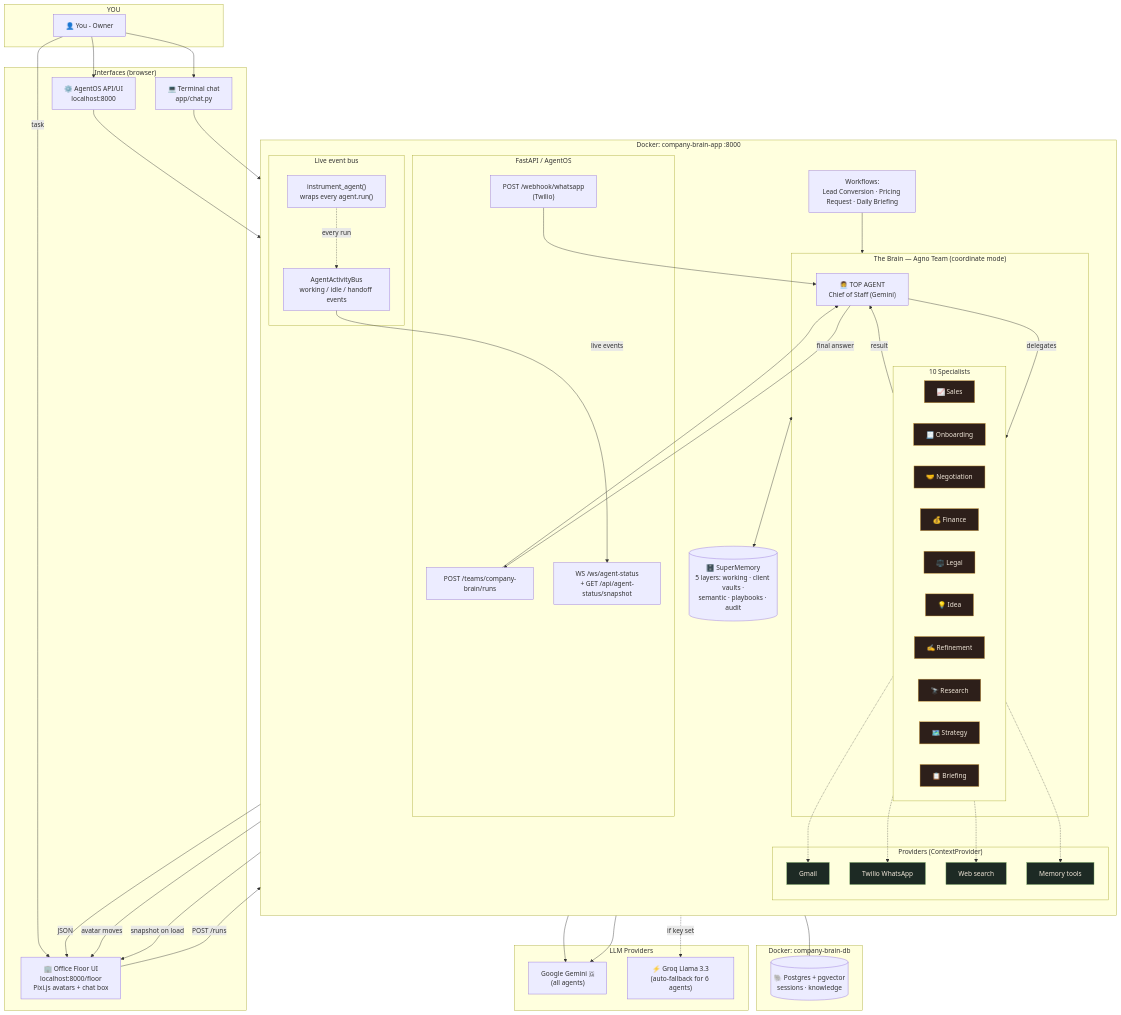
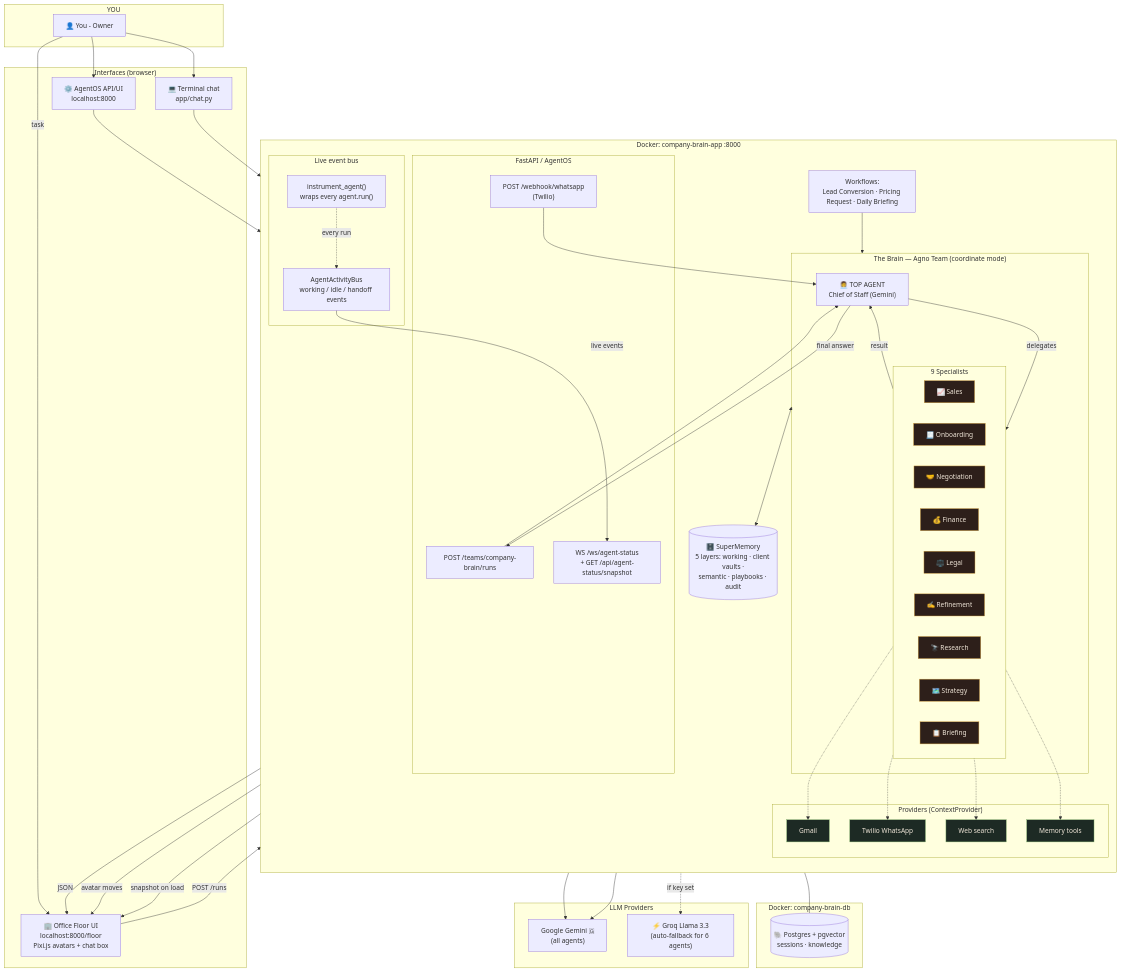
One commit to saiavinash77/company-brain changed the diagram in README.md. Above: the diagram before and after it, drawn with Mermaid. The commit also changed other lines of this file and 5 other files, not shown here.

```diff
--- a/README.md
+++ b/README.md
@@ -72,13 +72,12 @@
 
         subgraph BRAIN["The Brain — Agno Team (coordinate mode)"]
             TOP["👩‍💼 TOP AGENT<br/>Chief of Staff (Gemini)"]
-            subgraph SPECIALISTS["10 Specialists"]
+            subgraph SPECIALISTS["9 Specialists"]
                 S1["📈 Sales"]:::spec
                 S2["🧾 Onboarding"]:::spec
                 S3["🤝 Negotiation"]:::spec
                 S4["💰 Finance"]:::spec
                 S5["⚖️ Legal"]:::spec
-                S6["💡 Idea"]:::spec
                 S7["✍️ Refinement"]:::spec
                 S8["🔭 Research"]:::spec
                 S9["🗺️ Strategy"]:::spec
```
